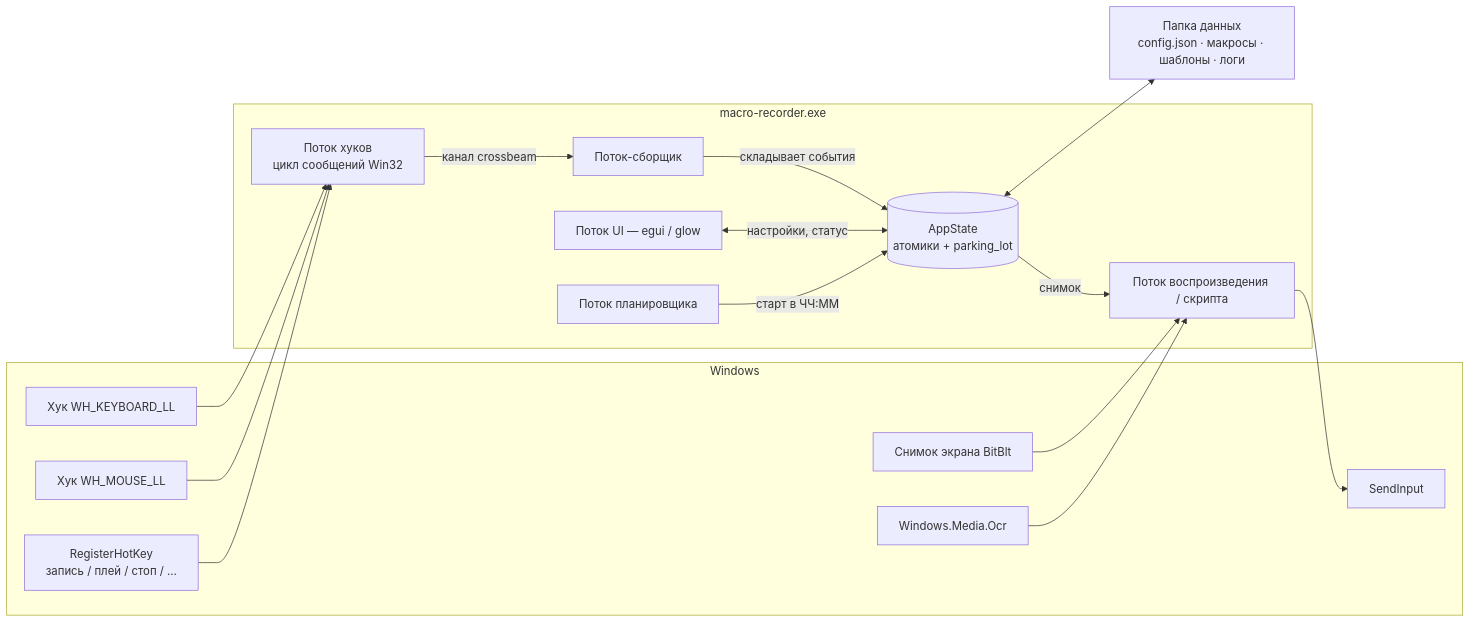
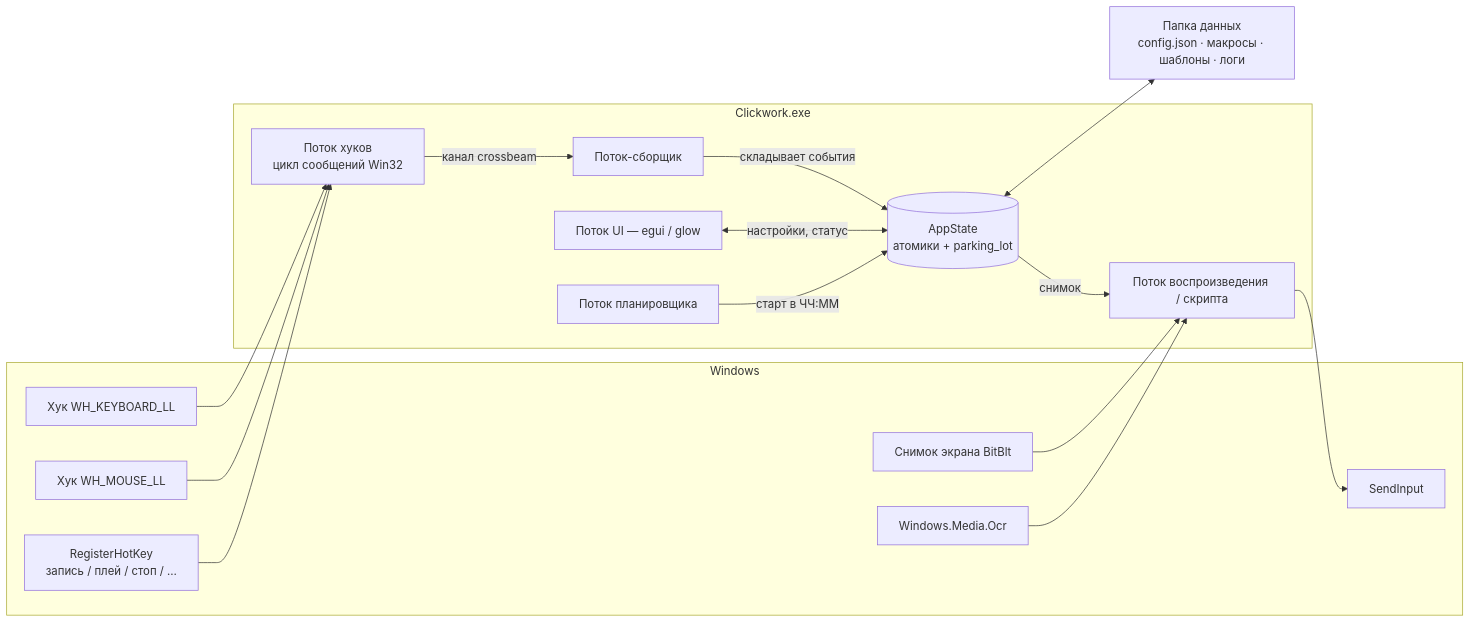
One commit to blackixxce12/macro-recorder changed the first of 4 diagrams in README_RU.md. Above: the diagram before and after it, drawn with Mermaid. The commit also changed other lines of this file and 18 other files, not shown here.

````diff
--- a/README_RU.md
+++ b/README_RU.md
@@ -313,35 +313,35 @@
 ```mermaid
 flowchart LR
     subgraph OS["Windows"]
         KB["Хук WH_KEYBOARD_LL"]
         MS["Хук WH_MOUSE_LL"]
         HK["RegisterHotKey<br/>запись / плей / стоп / …"]
         SI["SendInput"]
         GDI["Снимок экрана BitBlt"]
         OCRW["Windows.Media.Ocr"]
     end
 
-    subgraph APP["macro-recorder.exe"]
+    subgraph APP["Clickwork.exe"]
         T1["Поток хуков<br/>цикл сообщений Win32"]
         T2["Поток-сборщик"]
         T3["Поток воспроизведения / скрипта"]
         T4["Поток UI — egui / glow"]
         T5["Поток планировщика"]
         ST[("AppState<br/>атомики + parking_lot")]
     end
 
     FS["Папка данных<br/>config.json · макросы · шаблоны · логи"]
 
     KB --> T1
     MS --> T1
     HK --> T1
     T1 -->|"канал crossbeam"| T2
     T2 -->|"складывает события"| ST
     T4 <-->|"настройки, статус"| ST
     ST -->|"снимок"| T3
     T5 -->|"старт в ЧЧ:ММ"| ST
     T3 --> SI
     GDI --> T3
     OCRW --> T3
     ST <--> FS
 ```
````
